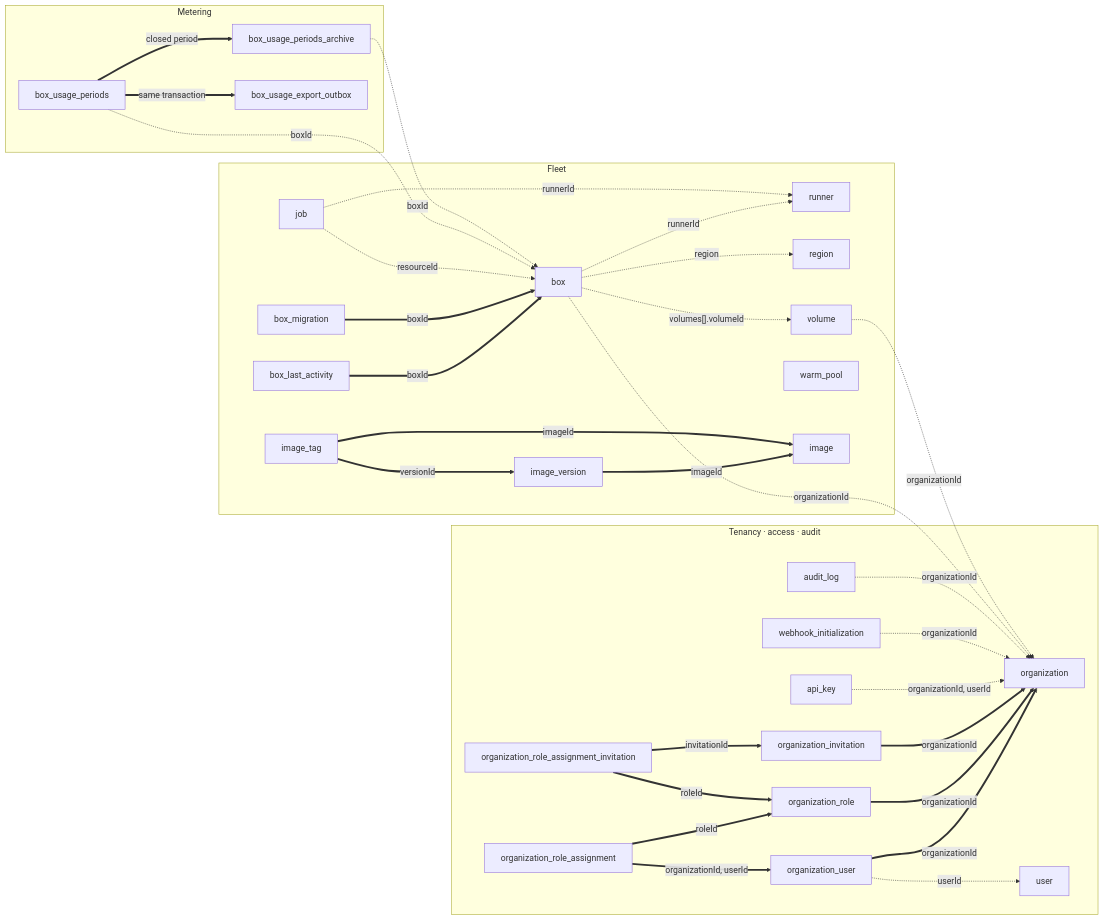
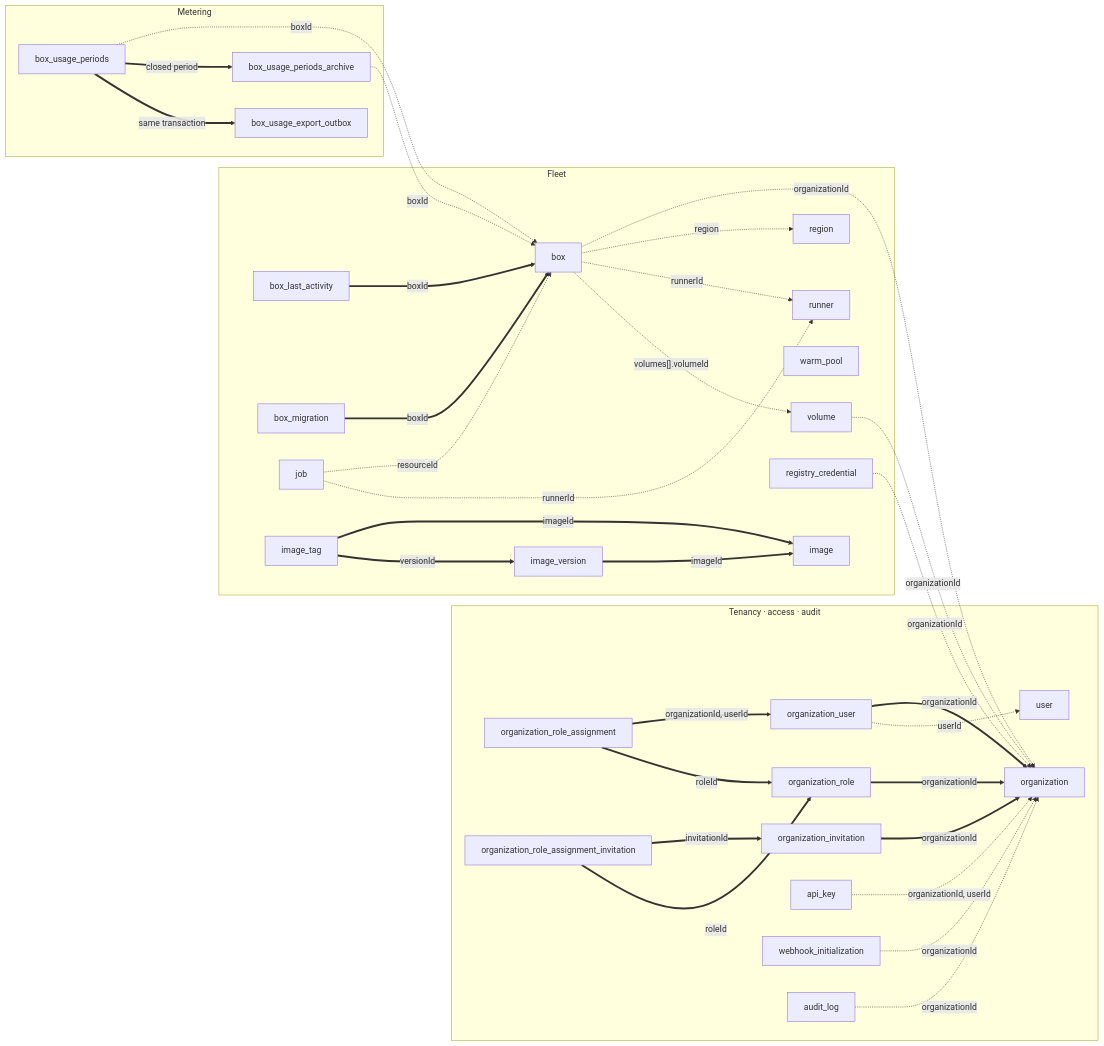
Before and after one commit to boxlite-ai/boxlite: the diagram in apps/SCHEMA.md, drawn with Mermaid. The commit also changed other lines of this file and 25 other files, not shown here.

````diff
--- a/apps/SCHEMA.md
+++ b/apps/SCHEMA.md
@@ -34,64 +34,66 @@
 ```mermaid
 flowchart LR
     subgraph tenancy["Tenancy · access · audit"]
         t_org["organization"]
         t_orguser["organization_user"]
         t_role["organization_role"]
         t_invite["organization_invitation"]
         t_assign["organization_role_assignment"]
         t_assigninv["organization_role_assignment_invitation"]
         t_user["user"]
         t_apikey["api_key"]
         t_webhook["webhook_initialization"]
         t_audit["audit_log"]
     end
 
     subgraph fleet["Fleet"]
         t_box["box"]
         t_activity["box_last_activity"]
         t_migration["box_migration"]
         t_runner["runner"]
         t_region["region"]
         t_volume["volume"]
         t_job["job"]
         t_warm["warm_pool"]
         t_image["image"]
         t_imgver["image_version"]
         t_imgtag["image_tag"]
+        t_regcred["registry_credential"]
     end
 
     subgraph metering["Metering"]
         t_period["box_usage_periods"]
         t_archive["box_usage_periods_archive"]
         t_outbox["box_usage_export_outbox"]
     end
 
     t_orguser ==>|"organizationId"| t_org
     t_role ==>|"organizationId"| t_org
     t_invite ==>|"organizationId"| t_org
     t_assign ==>|"organizationId, userId"| t_orguser
     t_assign ==>|"roleId"| t_role
     t_assigninv ==>|"invitationId"| t_invite
     t_assigninv ==>|"roleId"| t_role
     t_activity ==>|"boxId"| t_box
     t_migration ==>|"boxId"| t_box
     t_imgver ==>|"imageId"| t_image
     t_imgtag ==>|"imageId"| t_image
     t_imgtag ==>|"versionId"| t_imgver
 
     t_orguser -.->|"userId"| t_user
     t_apikey -.->|"organizationId, userId"| t_org
     t_webhook -.->|"organizationId"| t_org
     t_audit -.->|"organizationId"| t_org
     t_box -.->|"organizationId"| t_org
     t_box -.->|"region"| t_region
     t_box -.->|"runnerId"| t_runner
     t_box -.->|"volumes[].volumeId"| t_volume
     t_volume -.->|"organizationId"| t_org
+    t_regcred -.->|"organizationId"| t_org
     t_job -.->|"resourceId"| t_box
     t_job -.->|"runnerId"| t_runner
     t_period -.->|"boxId"| t_box
     t_archive -.->|"boxId"| t_box
     t_period ==>|"closed period"| t_archive
     t_period ==>|"same transaction"| t_outbox
 ```
````
